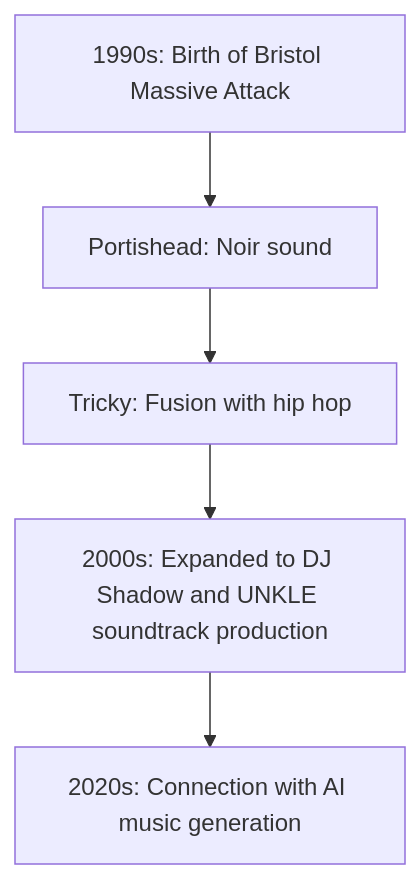
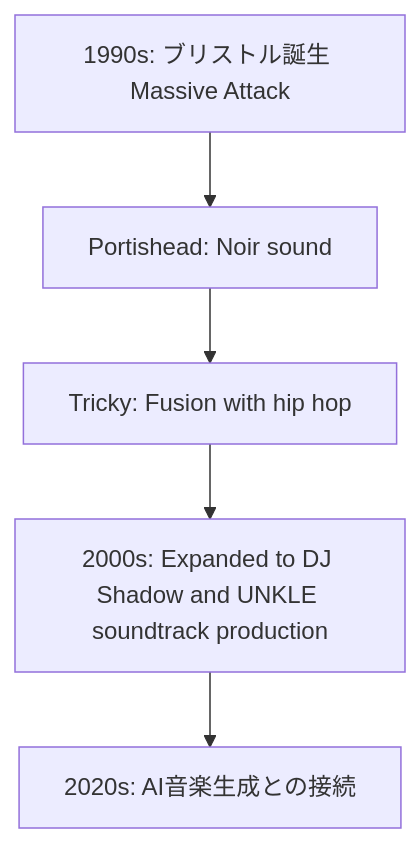
The first of 2 diagrams in en/_posts/2025-09-21-Column-Triphop.md (monumental-movement/monumental-movement.github.io), drawn with Mermaid before and after one commit. The commit also changed other lines of this file and 1012 other files, not shown here.

```diff
--- a/en/_posts/2025-09-21-Column-Triphop.md
+++ b/en/_posts/2025-09-21-Column-Triphop.md
@@ -54,7 +54,7 @@
 <div class="mermaid">
 flowchart TD
-    A["1990s: Birth of Bristol Massive Attack"] --> B["Portishead: Noir sound"]
+    A["1990s: ブリストル誕生 Massive Attack"] --> B["Portishead: Noir sound"]
     B --> C["Tricky: Fusion with hip hop"]
     C --> D["2000s: Expanded to DJ Shadow and UNKLE soundtrack production"]
-    D --> E["2020s: Connection with AI music generation"]
+    D --> E["2020s: AI音楽生成との接続"]
 </div>
```
